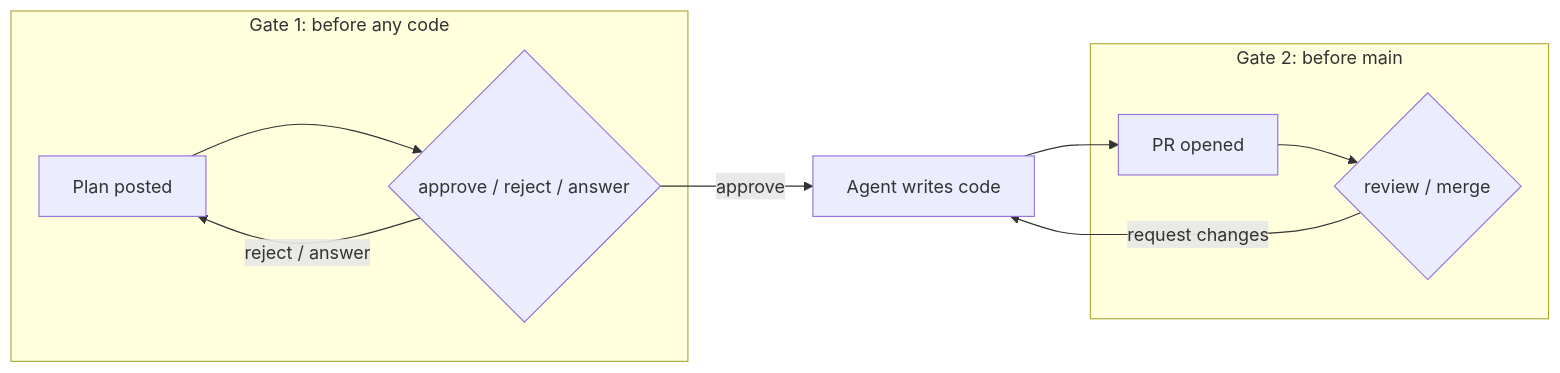
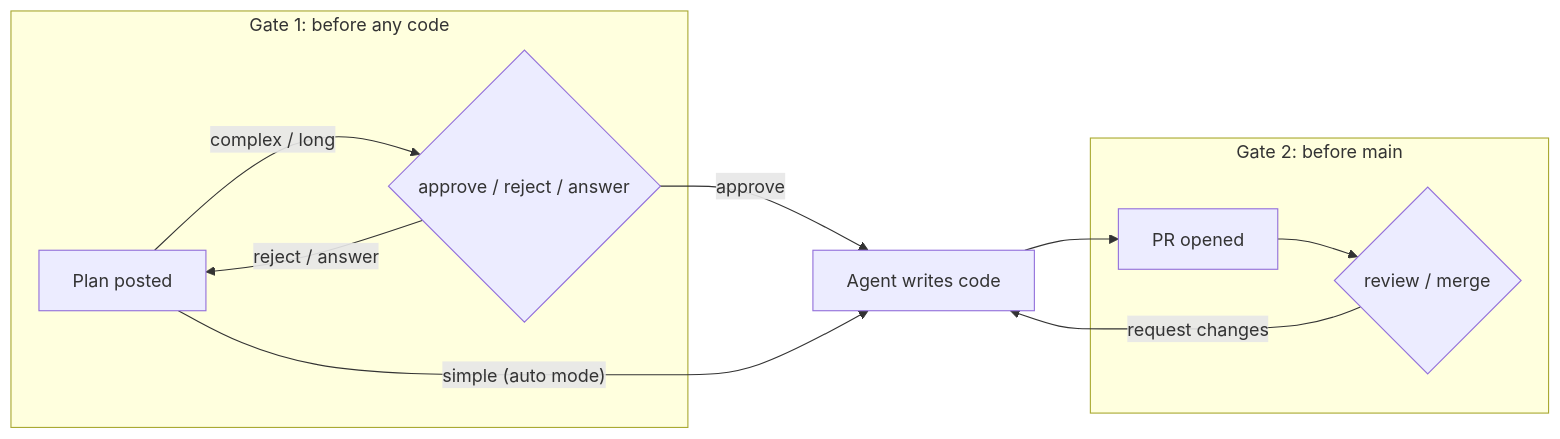
One commit to NetanelRotem/agent-demo-taskboard changed the second of 2 diagrams in docs/02-user-journey.md. Above: the diagram before and after it, drawn with Mermaid. The commit also changed other lines of this file and 28 other files, not shown here.

````diff
--- a/docs/02-user-journey.md
+++ b/docs/02-user-journey.md
@@ -53,12 +59,13 @@
 ```mermaid
 flowchart LR
     subgraph G1["Gate 1: before any code"]
-        P[Plan posted] --> D1{approve / reject / answer}
+        P[Plan posted] -->|"complex / long"| D1{approve / reject / answer}
     end
     subgraph G2["Gate 2: before main"]
         PR[PR opened] --> D2{review / merge}
     end
     D1 -->|approve| W[Agent writes code] --> PR
+    P -->|"simple (auto mode)"| W
     D1 -->|"reject / answer"| P
     D2 -->|"request changes"| W
 ```
````
